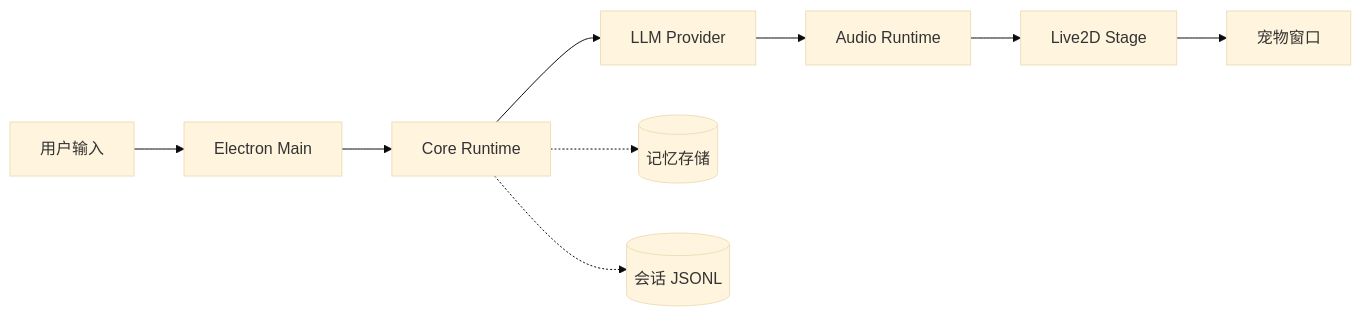
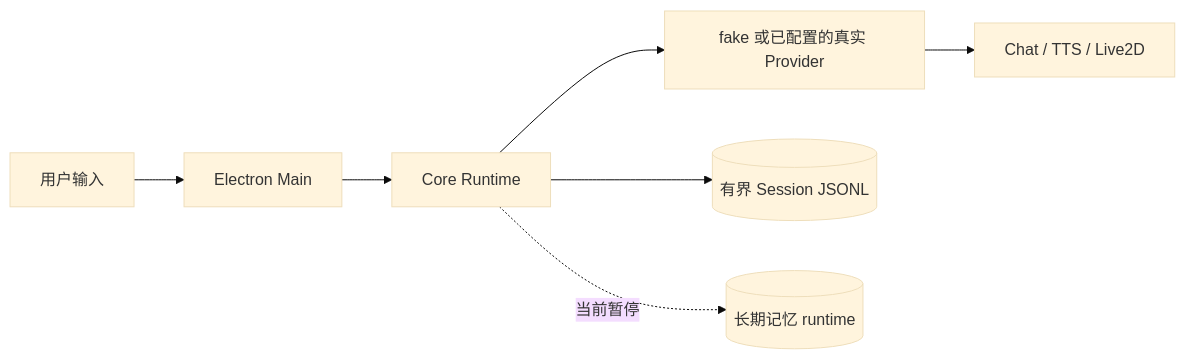
The diagram in README.md (zuiho-kai/greyfield-next), drawn with Mermaid (base theme) before and after one commit. The commit also changed other lines of this file and 25 other files, not shown here.

````diff
--- a/README.md
+++ b/README.md
@@ -163,12 +147,9 @@
 ```mermaid
 flowchart LR
-  User[用户输入] --> Desktop[Electron Main]
-  Desktop --> Runtime[Core Runtime]
-  Runtime --> LLM[LLM Provider]
-  LLM --> TTS[Audio Runtime]
-  TTS --> Stage[Live2D Stage]
-  Stage --> Pet[宠物窗口]
-  
-  Runtime -.-> Memory[(记忆存储)]
-  Runtime -.-> Sessions[(会话 JSONL)]
+  User["用户输入"] --> Desktop["Electron Main"]
+  Desktop --> Runtime["Core Runtime"]
+  Runtime --> Provider["fake 或已配置的真实 Provider"]
+  Provider --> Stage["Chat / TTS / Live2D"]
+  Runtime --> Sessions[("有界 Session JSONL")]
+  Runtime -. "当前暂停" .-> Memory[("长期记忆 runtime")]
 ```
````
